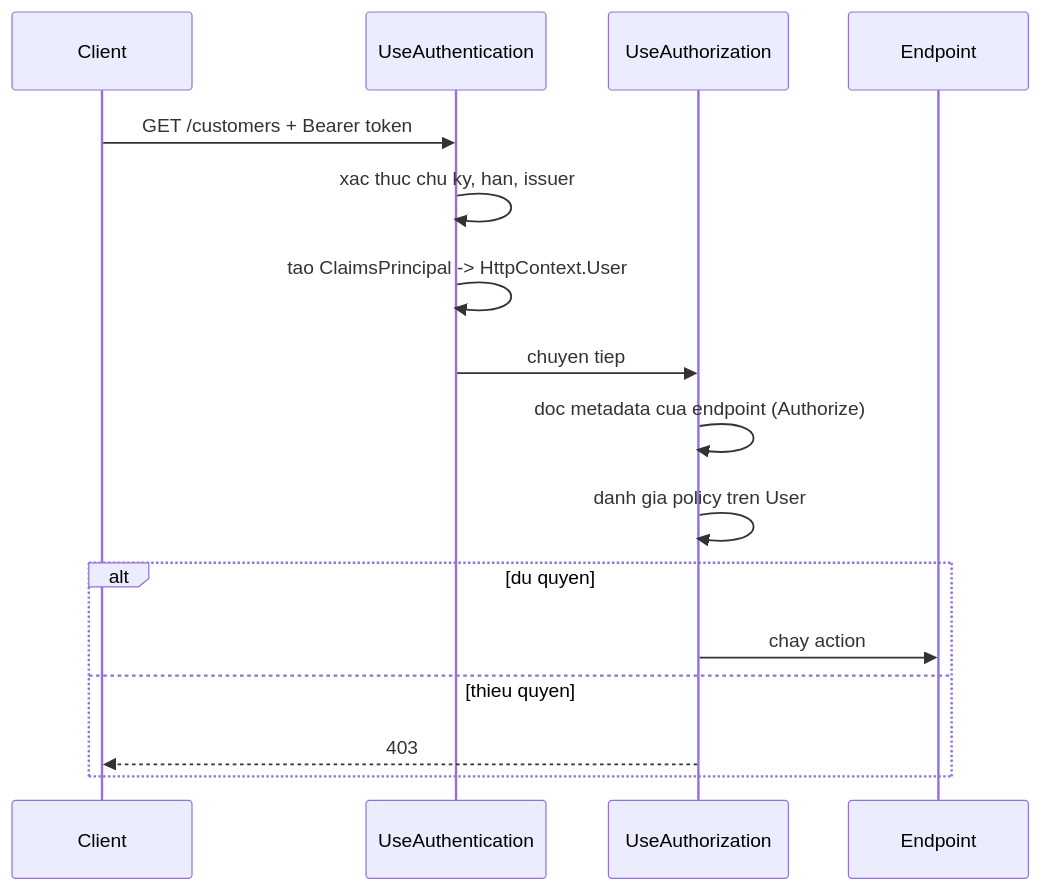
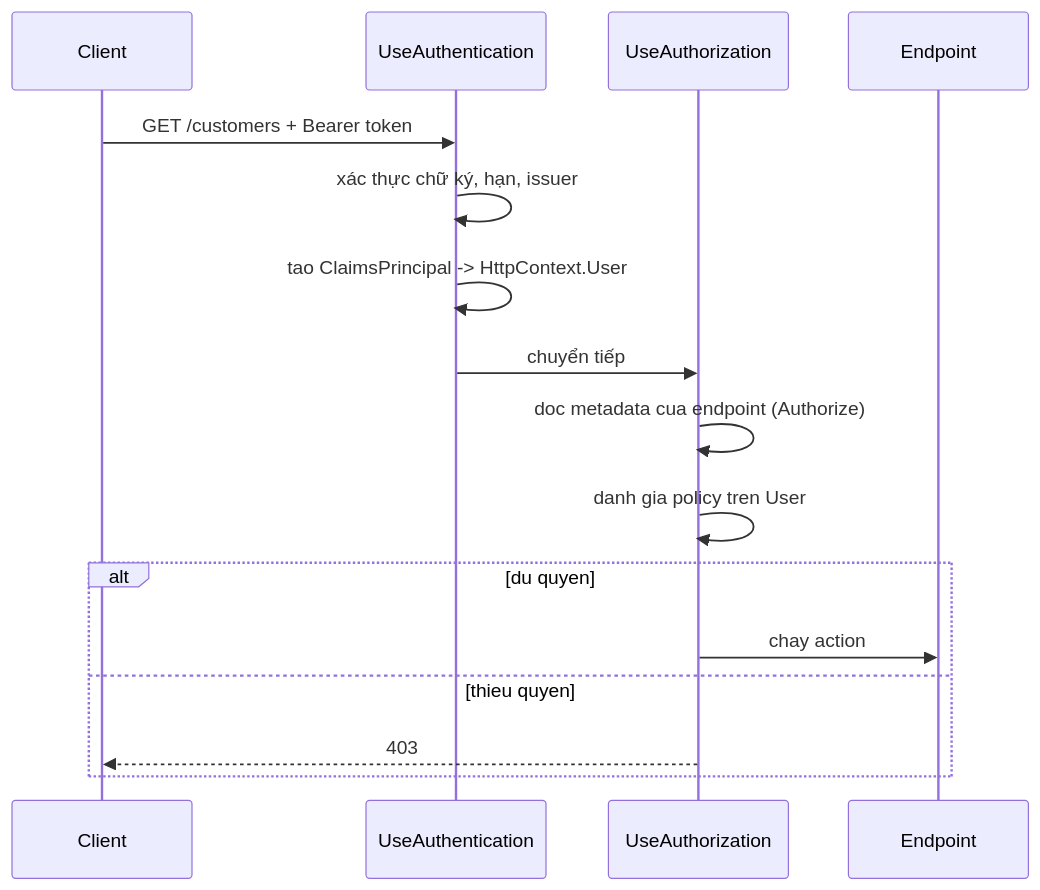
One commit to TienNHM/tiennhm.github.io changed the diagram in docs/09-dotnet-backend-zero-to-senior/stage-03-aspnet-core-backend/module-10-authentication-authorization/10.1-authentication-vs-authorization.mdx. Above: the diagram before and after it, drawn with Mermaid. The commit also changed other lines of this file and 12 other files, not shown here.

````diff
--- a/docs/09-dotnet-backend-zero-to-senior/stage-03-aspnet-core-backend/module-10-authentication-authorization/10.1-authentication-vs-authorization.mdx
+++ b/docs/09-dotnet-backend-zero-to-senior/stage-03-aspnet-core-backend/module-10-authentication-authorization/10.1-authentication-vs-authorization.mdx
@@ -45,18 +45,18 @@
 ```mermaid
 sequenceDiagram
     participant C as Client
     participant A as UseAuthentication
     participant Z as UseAuthorization
     participant E as Endpoint
     C->>A: GET /customers + Bearer token
-    A->>A: xac thuc chu ky, han, issuer
+    A->>A: xác thực chữ ký, hạn, issuer
     A->>A: tao ClaimsPrincipal -> HttpContext.User
-    A->>Z: chuyen tiep
+    A->>Z: chuyển tiếp
     Z->>Z: doc metadata cua endpoint (Authorize)
     Z->>Z: danh gia policy tren User
     alt du quyen
         Z->>E: chay action
     else thieu quyen
         Z-->>C: 403
     end
 ```
````
